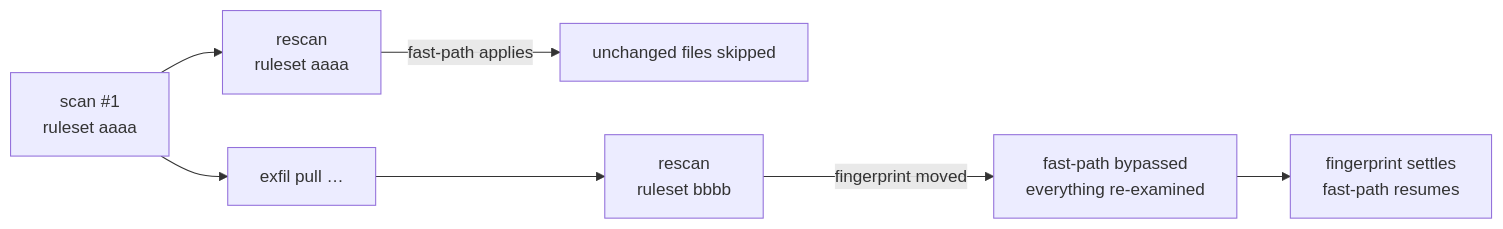
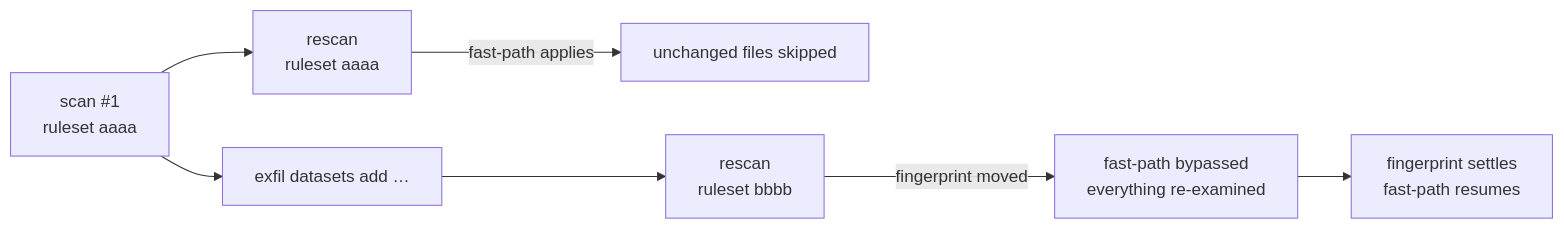
Before and after one commit to rangertaha/exfil: the second of 2 diagrams in docs/src/architecture/ranking.md, drawn with Mermaid. The commit also changed 7 other files, not shown here.

````diff
--- a/docs/src/architecture/ranking.md
+++ b/docs/src/architecture/ranking.md
@@ -247,9 +247,9 @@
 ```mermaid
 flowchart LR
     A["scan #1<br/>ruleset aaaa"] --> B["rescan<br/>ruleset aaaa"]
     B -->|fast-path applies| C["unchanged files skipped"]
-    A --> D["exfil pull …"]
+    A --> D["exfil datasets add …"]
     D --> E["rescan<br/>ruleset bbbb"]
     E -->|fingerprint moved| F["fast-path bypassed<br/>everything re-examined"]
     F --> G["fingerprint settles<br/>fast-path resumes"]
 ```
````
